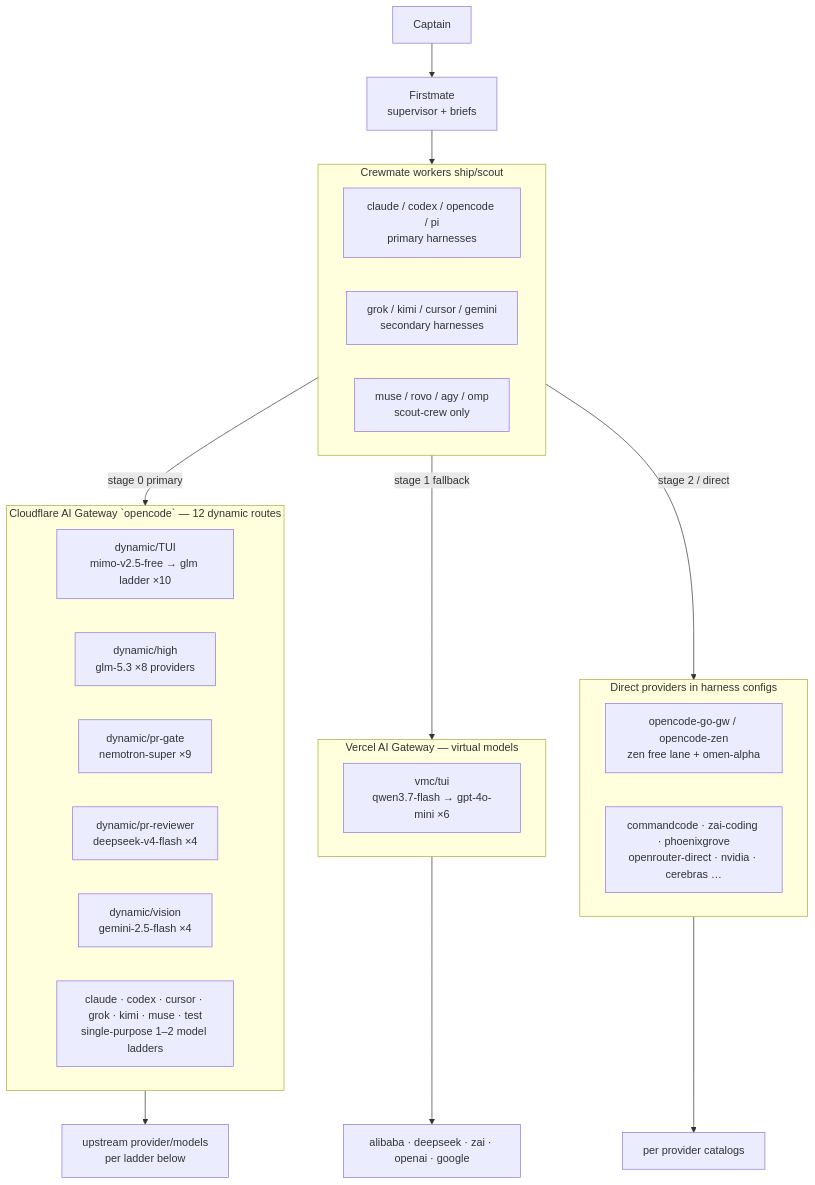
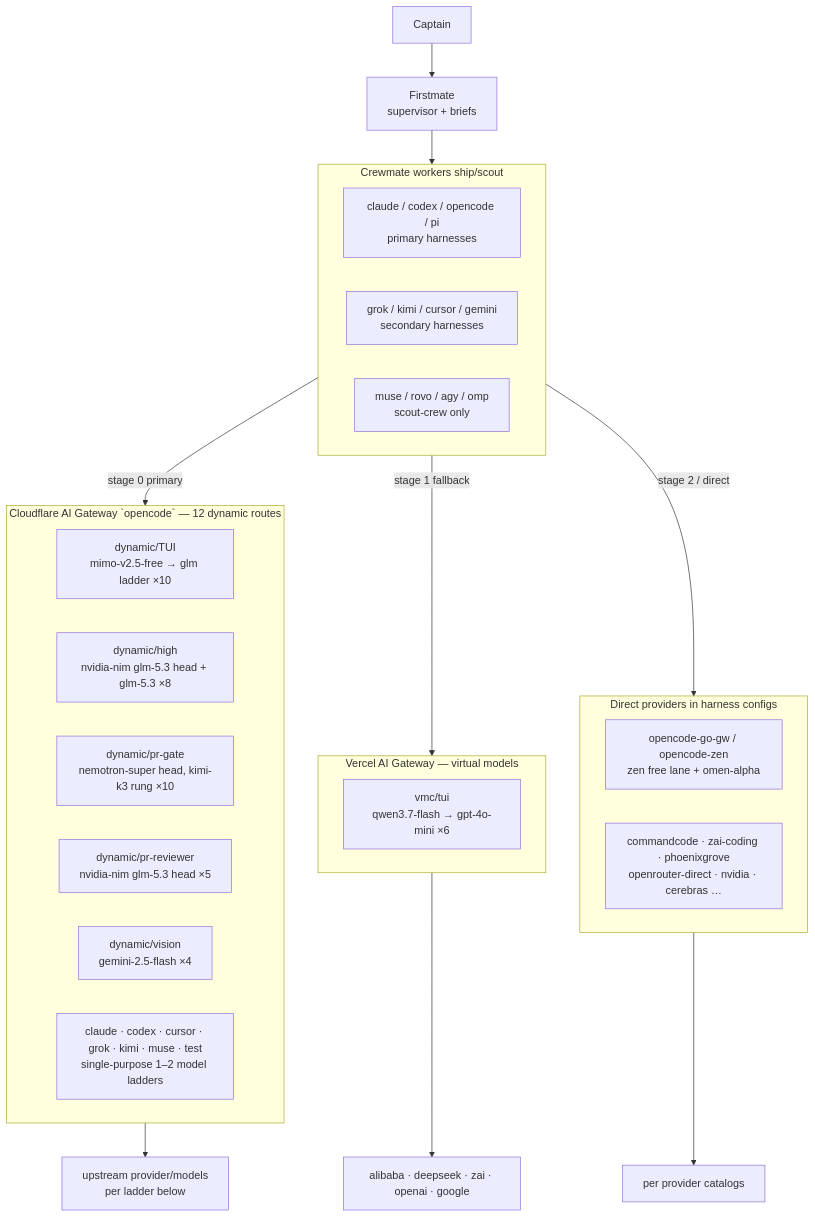
Before and after one commit to phillias/dotfiles: the first of 2 diagrams in dot_agents/skills/provider-catalog/references/ROUTING_TOPOLOGY.md, drawn with Mermaid. The commit also changed other lines of this file, not shown here.

First line of the commit message:
feat(provider-catalog): deploy NIM free-wave fit across pr-reviewer, high, pr-gate

````diff
--- a/dot_agents/skills/provider-catalog/references/ROUTING_TOPOLOGY.md
+++ b/dot_agents/skills/provider-catalog/references/ROUTING_TOPOLOGY.md
@@ -9,33 +9,33 @@
 ```mermaid
 flowchart TD
     captain[Captain]
     fm[Firstmate<br/>supervisor + briefs]
     captain --> fm
     subgraph crew[Crewmate workers ship/scout]
         h1[claude / codex / opencode / pi<br/>primary harnesses]
         h2[grok / kimi / cursor / gemini<br/>secondary harnesses]
         h3[muse / rovo / agy / omp<br/>scout-crew only]
     end
     fm --> crew
     subgraph cf[Cloudflare AI Gateway `opencode` — 12 dynamic routes]
         TUI["dynamic/TUI<br/>mimo-v2.5-free → glm ladder ×10"]
-        HIGH["dynamic/high<br/>glm-5.3 ×8 providers"]
-        GATE["dynamic/pr-gate<br/>nemotron-super ×9"]
-        REV["dynamic/pr-reviewer<br/>deepseek-v4-flash ×4"]
+        HIGH["dynamic/high<br/>nvidia-nim glm-5.3 head + glm-5.3 ×8"]
+        GATE["dynamic/pr-gate<br/>nemotron-super head, kimi-k3 rung ×10"]
+        REV["dynamic/pr-reviewer<br/>nvidia-nim glm-5.3 head ×5"]
         VIS["dynamic/vision<br/>gemini-2.5-flash ×4"]
         PERH["claude · codex · cursor · grok · kimi · muse · test<br/>single-purpose 1–2 model ladders"]
     end
     subgraph vg[Vercel AI Gateway — virtual models]
         VTUI["vmc/tui<br/>qwen3.7-flash → gpt-4o-mini ×6"]
     end
     subgraph direct[Direct providers in harness configs]
         OG[opencode-go-gw / opencode-zen<br/>zen free lane + omen-alpha]
         OTHERS[commandcode · zai-coding · phoenixgrove<br/>openrouter-direct · nvidia · cerebras …]
     end
     crew -->|stage 0 primary| cf
     crew -->|stage 1 fallback| vg
     crew -->|stage 2 / direct| direct
     cf --> models1[upstream provider/models<br/>per ladder below]
     vg --> models2[alibaba · deepseek · zai · openai · google]
     direct --> models3[per provider catalogs]
 ```
````
